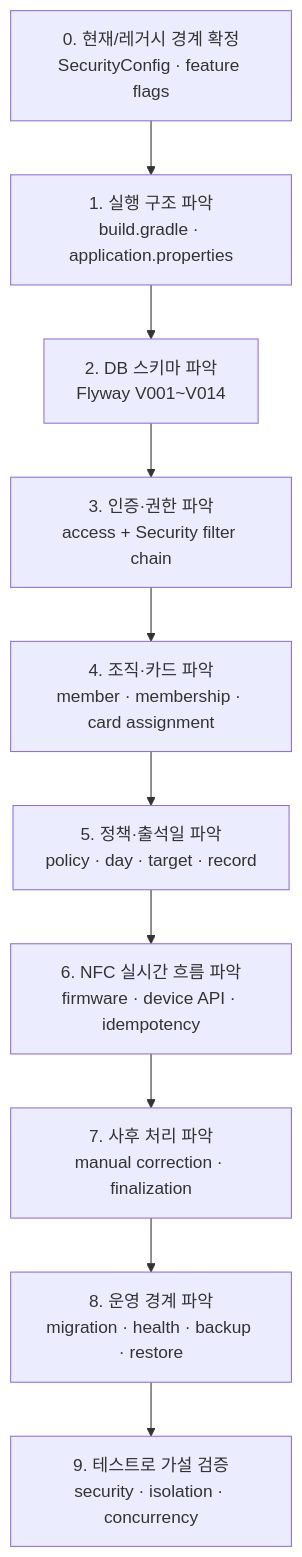
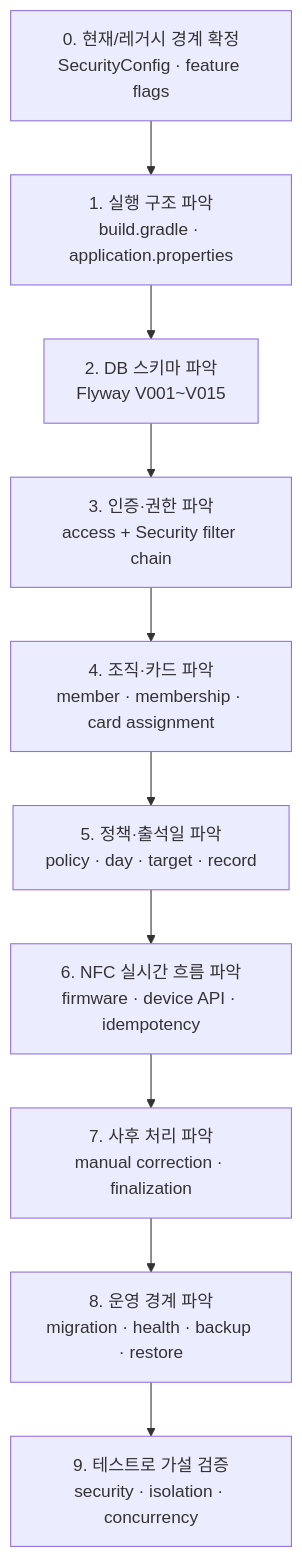
The first of 25 diagrams in docs/CURRENT_CODE_STUDY_GUIDE.md (jinhokingofworld/attend), drawn with Mermaid before and after one commit. The commit also changed other lines of this file and 20 other files, not shown here.

````diff
--- a/docs/CURRENT_CODE_STUDY_GUIDE.md
+++ b/docs/CURRENT_CODE_STUDY_GUIDE.md
@@ -28,15 +28,15 @@
 ```mermaid
 flowchart TD
     S0["0. 현재/레거시 경계 확정<br/>SecurityConfig · feature flags"]
     S1["1. 실행 구조 파악<br/>build.gradle · application.properties"]
-    S2["2. DB 스키마 파악<br/>Flyway V001~V014"]
+    S2["2. DB 스키마 파악<br/>Flyway V001~V015"]
     S3["3. 인증·권한 파악<br/>access + Security filter chain"]
     S4["4. 조직·카드 파악<br/>member · membership · card assignment"]
     S5["5. 정책·출석일 파악<br/>policy · day · target · record"]
     S6["6. NFC 실시간 흐름 파악<br/>firmware · device API · idempotency"]
     S7["7. 사후 처리 파악<br/>manual correction · finalization"]
     S8["8. 운영 경계 파악<br/>migration · health · backup · restore"]
     S9["9. 테스트로 가설 검증<br/>security · isolation · concurrency"]
 
     S0 --> S1 --> S2 --> S3 --> S4 --> S5 --> S6 --> S7 --> S8 --> S9
 ```
````
